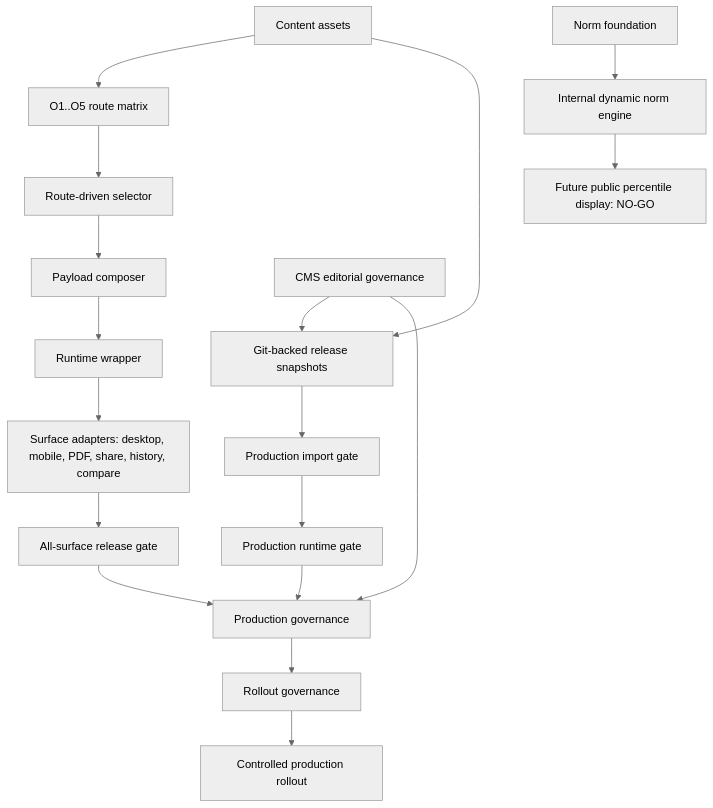
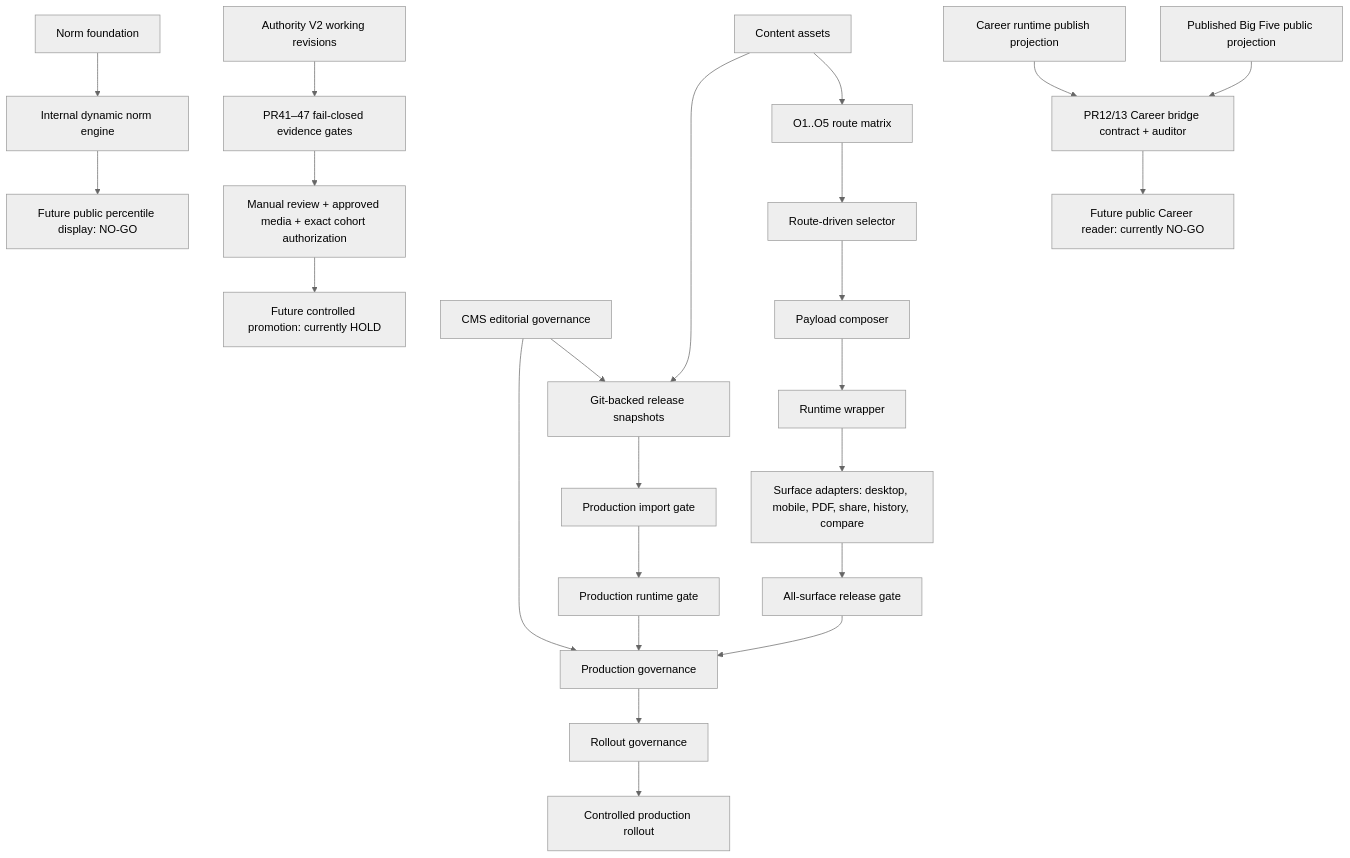
Before and after one commit to fermatmind/fap-api: the diagram in docs/big5-v2-platform-summary/big5_v2_platform_architecture_summary_v1.md, drawn with Mermaid (neutral theme). The commit also changed other lines of this file and 7 other files, not shown here.

Commit message:
docs(big5): refresh authority and career skill state (#3135)

````diff
--- a/docs/big5-v2-platform-summary/big5_v2_platform_architecture_summary_v1.md
+++ b/docs/big5-v2-platform-summary/big5_v2_platform_architecture_summary_v1.md
@@ -393,20 +412,26 @@
 ```mermaid
 flowchart TD
   A["Content assets"] --> B["O1..O5 route matrix"]
   B --> C["Route-driven selector"]
   C --> D["Payload composer"]
   D --> E["Runtime wrapper"]
   E --> F["Surface adapters: desktop, mobile, PDF, share, history, compare"]
   A --> G["Git-backed release snapshots"]
   G --> H["Production import gate"]
   H --> I["Production runtime gate"]
   F --> J["All-surface release gate"]
   I --> K["Production governance"]
   J --> K
   K --> L["Rollout governance"]
   L --> M["Controlled production rollout"]
   N["Norm foundation"] --> O["Internal dynamic norm engine"]
   O --> P["Future public percentile display: NO-GO"]
   Q["CMS editorial governance"] --> G
   Q --> K
+  R["Authority V2 working revisions"] --> S["PR41–47 fail-closed evidence gates"]
+  S --> T["Manual review + approved media + exact cohort authorization"]
+  T --> U["Future controlled promotion: currently HOLD"]
+  V["Published Big Five public projection"] --> W["PR12/13 Career bridge contract + auditor"]
+  X["Career runtime publish projection"] --> W
+  W --> Y["Future public Career reader: currently NO-GO"]
 ```
````
